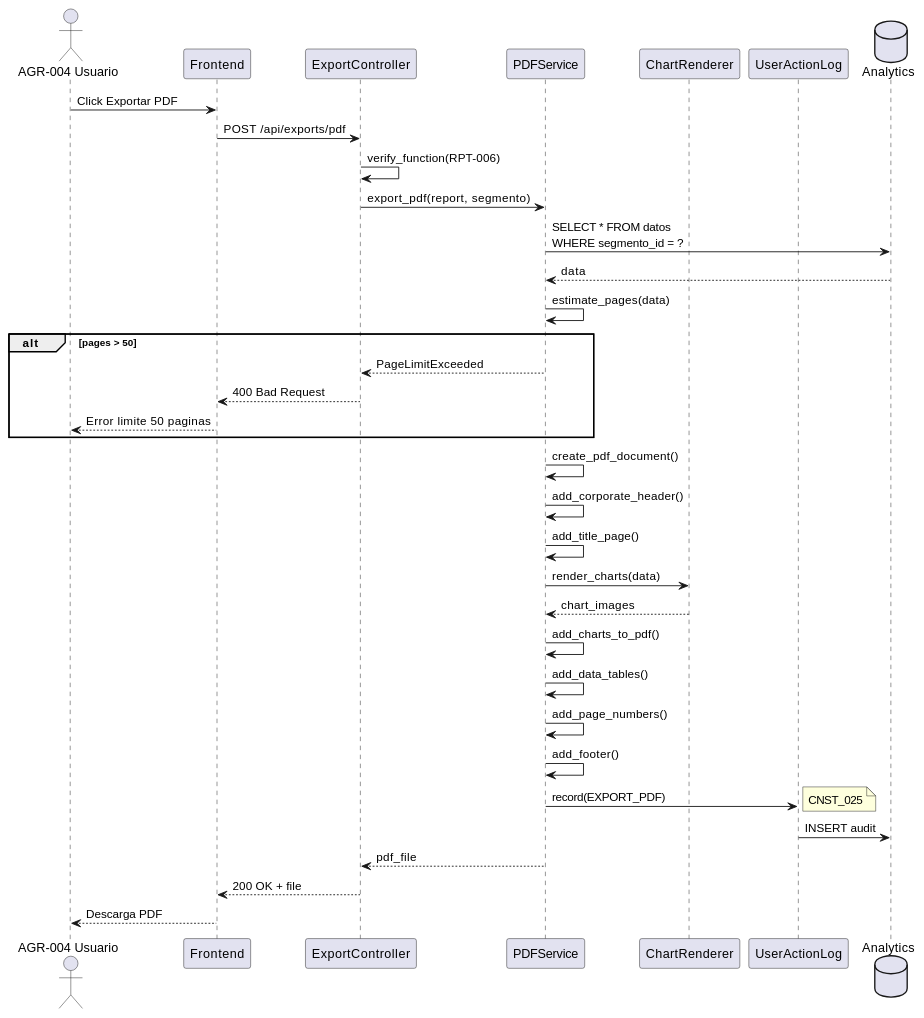
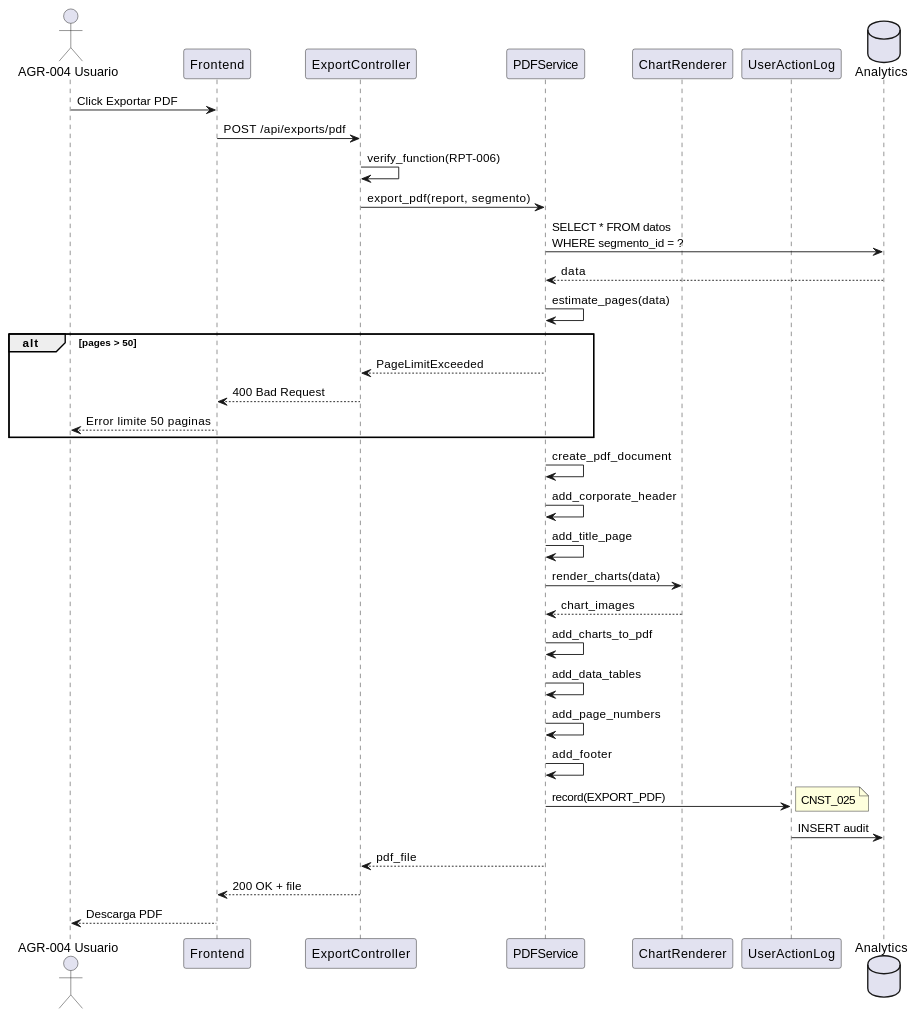
The second of 3 diagrams in source/requisitos/casos_uso/reports/UC_RPT_06_Exportar_PDF.rst (jcg-admin/IACT-docs), drawn with PlantUML before and after one commit. The commit also changed other lines of this file and 376 other files, not shown here.

```diff
--- a/source/requisitos/casos_uso/reports/UC_RPT_06_Exportar_PDF.rst
+++ b/source/requisitos/casos_uso/reports/UC_RPT_06_Exportar_PDF.rst
@@ -158,49 +158,49 @@
 .. uml::
-   :caption: Diagrama de Secuencia - UC_RPT_06
+ :caption: Diagrama de Secuencia - UC_RPT_06
 
-   @startuml
-   actor "AGR-004 Usuario" as U
-   participant "Frontend" as FE
-   participant "ExportController" as EC
-   participant "PDFService" as PS
-   participant "ChartRenderer" as CR
-   participant "UserActionLog" as UAL
-   database "Analytics" as DB
+ @startuml
+ actor "AGR-004 Usuario" as U
+ participant "Frontend" as FE
+ participant "ExportController" as EC
+ participant "PDFService" as PS
+ participant "ChartRenderer" as CR
+ participant "UserActionLog" as UAL
+ database "Analytics" as DB
 
-   U -> FE: Click Exportar PDF
-   FE -> EC: POST /api/exports/pdf
-   EC -> EC: verify_function(RPT-006)
+ U -> FE: Click Exportar PDF
+ FE -> EC: POST /api/exports/pdf
+ EC -> EC: verify_function(RPT-006)
 
-   EC -> PS: export_pdf(report, segmento)
+ EC -> PS: export_pdf(report, segmento)
 
-   PS -> DB: SELECT * FROM datos\nWHERE segmento_id = ?
-   DB --> PS: data
+ PS -> DB: SELECT * FROM datos\nWHERE segmento_id = ?
+ DB --> PS: data
 
-   PS -> PS: estimate_pages(data)
+ PS -> PS: estimate_pages(data)
 
-   alt pages > 50
-     PS --> EC: PageLimitExceeded
-     EC --> FE: 400 Bad Request
-     FE --> U: Error limite 50 paginas
-   end
+ alt pages > 50
+ PS --> EC: PageLimitExceeded
+ EC --> FE: 400 Bad Request
+ FE --> U: Error limite 50 paginas
+ end
 
-   PS -> PS: create_pdf_document()
-   PS -> PS: add_corporate_header()
-   PS -> PS: add_title_page()
+ PS -> PS: create_pdf_document
+ PS -> PS: add_corporate_header
+ PS -> PS: add_title_page
 
-   PS -> CR: render_charts(data)
-   CR --> PS: chart_images
+ PS -> CR: render_charts(data)
+ CR --> PS: chart_images
 
-   PS -> PS: add_charts_to_pdf()
-   PS -> PS: add_data_tables()
-   PS -> PS: add_page_numbers()
-   PS -> PS: add_footer()
+ PS -> PS: add_charts_to_pdf
+ PS -> PS: add_data_tables
+ PS -> PS: add_page_numbers
+ PS -> PS: add_footer
 
-   PS -> UAL: record(EXPORT_PDF)
-   note right: CNST_025
-   UAL -> DB: INSERT audit
+ PS -> UAL: record(EXPORT_PDF)
+ note right: CNST_025
+ UAL -> DB: INSERT audit
 
-   PS --> EC: pdf_file
-   EC --> FE: 200 OK + file
-   FE --> U: Descarga PDF
-   @enduml
+ PS --> EC: pdf_file
+ EC --> FE: 200 OK + file
+ FE --> U: Descarga PDF
+ @enduml
```
